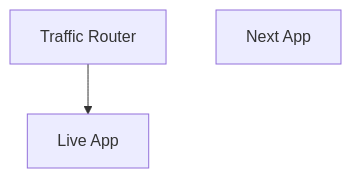
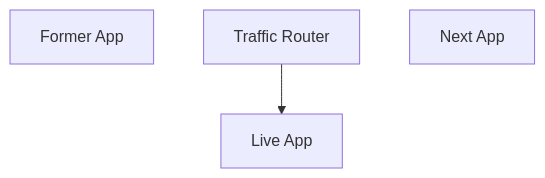
The diagram in docs/advanced.md (explodinglabs/superstack.docs), drawn with Mermaid before and after one commit. The commit also changed other lines of this file, not shown here.

````diff
--- a/docs/advanced.md
+++ b/docs/advanced.md
@@ -23,6 +23,7 @@
 ```mermaid
 flowchart TD
+    FormerApp["Former App"]
     Proxy["Traffic Router"]
     Proxy --> LiveApp["Live App"]
     NextApp["Next App"]
 ```
````
